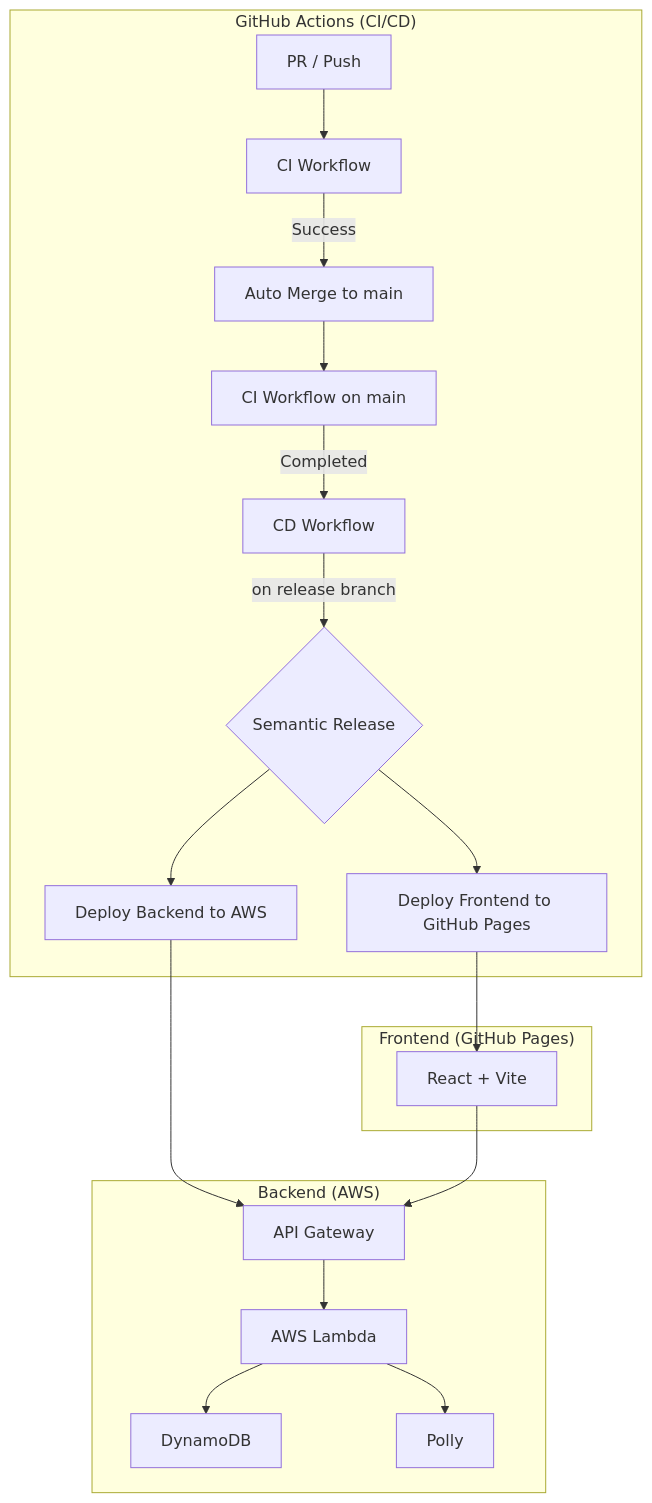
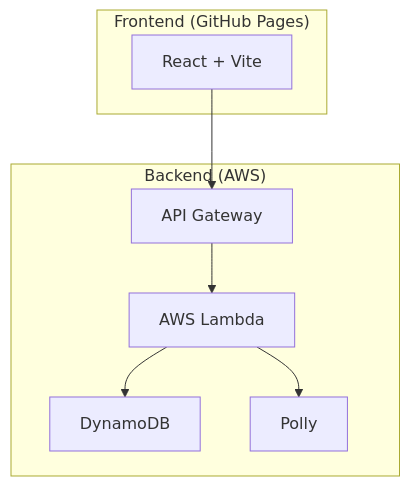
Before and after one commit to bamiyanapp/karuta: the diagram in README.md, drawn with Mermaid. The commit also changed other lines of this file and 1 other file, not shown here.

````diff
--- a/README.md
+++ b/README.md
@@ -21,27 +21,14 @@
 ```mermaid
 graph TD
-    subgraph "GitHub Actions (CI/CD)"
-        A[PR / Push] --> B[CI Workflow];
-        B -->|Success| C[Auto Merge to main];
-        C --> D[CI Workflow on main];
-        D -->|Completed| E[CD Workflow];
-        E -->|on release branch| F{Semantic Release};
-        F --> G[Deploy Frontend to GitHub Pages];
-        F --> H[Deploy Backend to AWS];
-    end
-
     subgraph "Frontend (GitHub Pages)"
         I[React + Vite]
     end
 
     subgraph "Backend (AWS)"
         J[API Gateway] --> K[AWS Lambda];
         K --> L[DynamoDB];
         K --> M[Polly];
     end
 
-
-    G --> I;
-    H --> J;
     I --> J;
 ```
````
